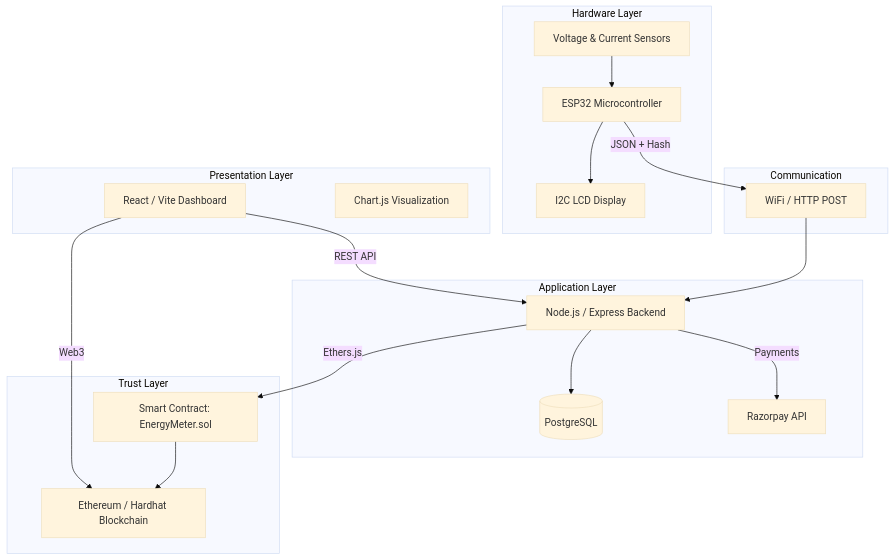
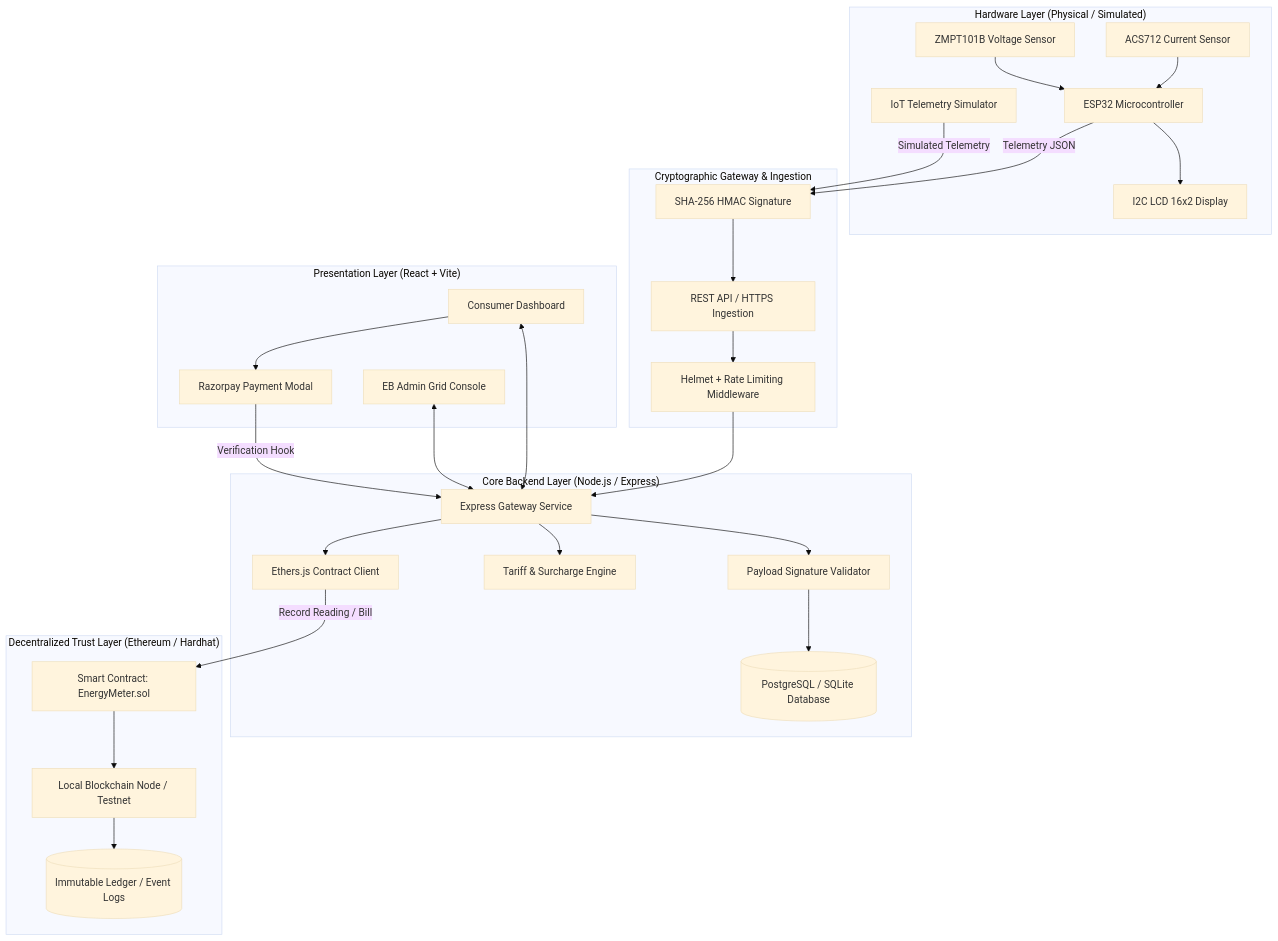
One commit to Kishkindhan-A/block-chain changed the diagram in Blockchain_Based_Energy_Meter-main/README.md. Above: the diagram before and after it, drawn with Mermaid (base theme). The commit also changed other lines of this file and 1 other file, not shown here.

Commit message:
docs: update README with comprehensive setup guide, repo URL, and architecture overview

````diff
--- a/Blockchain_Based_Energy_Meter-main/README.md
+++ b/Blockchain_Based_Energy_Meter-main/README.md
@@ -33,39 +44,56 @@
 ```mermaid
 graph TD
-    subgraph Hardware Layer
-        ESP32[ESP32 Microcontroller]
-        SENS[Voltage & Current Sensors]
-        LCD[I2C LCD Display]
+    subgraph "Hardware Layer (Physical / Simulated)"
+        ESP[ESP32 Microcontroller]
+        ACS[ACS712 Current Sensor]
+        ZMP[ZMPT101B Voltage Sensor]
+        LCD[I2C LCD 16x2 Display]
+        SIM[IoT Telemetry Simulator]
     end
 
-    subgraph Communication
-        WiFi[WiFi / HTTP POST]
+    subgraph "Cryptographic Gateway & Ingestion"
+        HASH[SHA-256 HMAC Signature]
+        REST[REST API / HTTPS Ingestion]
+        SEC[Helmet + Rate Limiting Middleware]
     end
 
-    subgraph Application Layer
-        API[Node.js / Express Backend]
-        DB[(PostgreSQL)]
-        Pay[Razorpay API]
+    subgraph "Core Backend Layer (Node.js / Express)"
+        API[Express Gateway Service]
+        VAL[Payload Signature Validator]
+        TAR[Tariff & Surcharge Engine]
+        DB[(PostgreSQL / SQLite Database)]
+        ETH_CLIENT[Ethers.js Contract Client]
     end
 
-    subgraph Trust Layer
-        BC[Ethereum / Hardhat Blockchain]
+    subgraph "Decentralized Trust Layer (Ethereum / Hardhat)"
+        NODE[Local Blockchain Node / Testnet]
         SC[Smart Contract: EnergyMeter.sol]
+        LEDGER[(Immutable Ledger / Event Logs)]
     end
 
-    subgraph Presentation Layer
-        React[React / Vite Dashboard]
-        Charts[Chart.js Visualization]
+    subgraph "Presentation Layer (React + Vite)"
+        DASH_C[Consumer Dashboard]
+        DASH_A[EB Admin Grid Console]
+        PAY[Razorpay Payment Modal]
     end
 
-    SENS --> ESP32
-    ESP32 --> LCD
-    ESP32 -- "JSON + Hash" --> WiFi
-    WiFi --> API
-    API --> DB
-    API -- "Ethers.js" --> SC
-    SC --> BC
-    API -- "Payments" --> Pay
-    React -- "REST API" --> API
-    React -- "Web3" --> BC
+    ACS --> ESP
+    ZMP --> ESP
+    ESP --> LCD
+    ESP -- "Telemetry JSON" --> HASH
+    SIM -- "Simulated Telemetry" --> HASH
+    HASH --> REST
+    REST --> SEC
+    SEC --> API
+    API --> VAL
+    VAL --> DB
+    API --> TAR
+    API --> ETH_CLIENT
+    ETH_CLIENT -- "Record Reading / Bill" --> SC
+    SC --> NODE
+    NODE --> LEDGER
+    DASH_C <--> API
+    DASH_A <--> API
+    DASH_C --> PAY
+    PAY -- "Verification Hook" --> API
 ```
````
